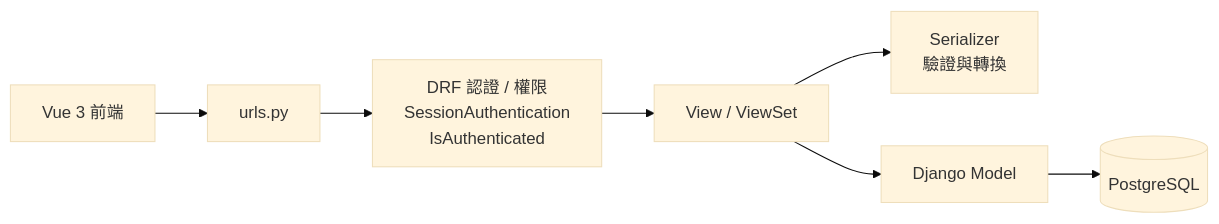
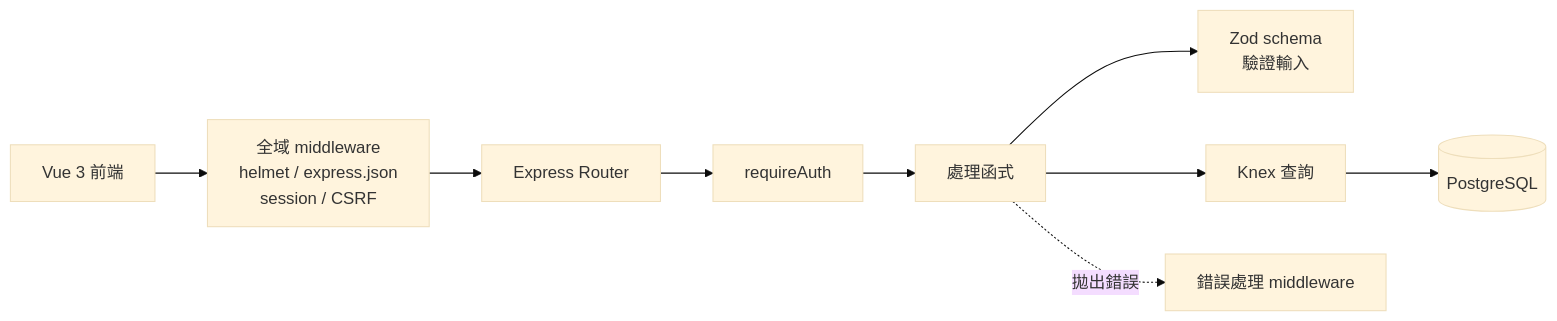
The third of 4 diagrams in docs/architecture.md (annie-clickforce/trello-fullstack), drawn with Mermaid (base theme) before and after one commit. The commit also changed other lines of this file and 3 other files, not shown here.

````diff
--- a/docs/architecture.md
+++ b/docs/architecture.md
@@ -87,9 +108,11 @@
 ```mermaid
 flowchart LR
-    Frontend[Vue 3 前端] --> URLs[urls.py]
-    URLs --> Auth[DRF 認證 / 權限<br/>SessionAuthentication<br/>IsAuthenticated]
-    Auth --> View[View / ViewSet]
-    View --> Serializer[Serializer<br/>驗證與轉換]
-    View --> Model[Django Model]
-    Model --> DB[(PostgreSQL)]
+    Frontend[Vue 3 前端] --> MW[全域 middleware<br/>helmet / express.json<br/>session / CSRF]
+    MW --> Router[Express Router]
+    Router --> Auth[requireAuth]
+    Auth --> Handler[處理函式]
+    Handler --> Schema[Zod schema<br/>驗證輸入]
+    Handler --> Knex[Knex 查詢]
+    Knex --> DB[(PostgreSQL)]
+    Handler -. 拋出錯誤 .-> Err[錯誤處理 middleware]
 ```
````
